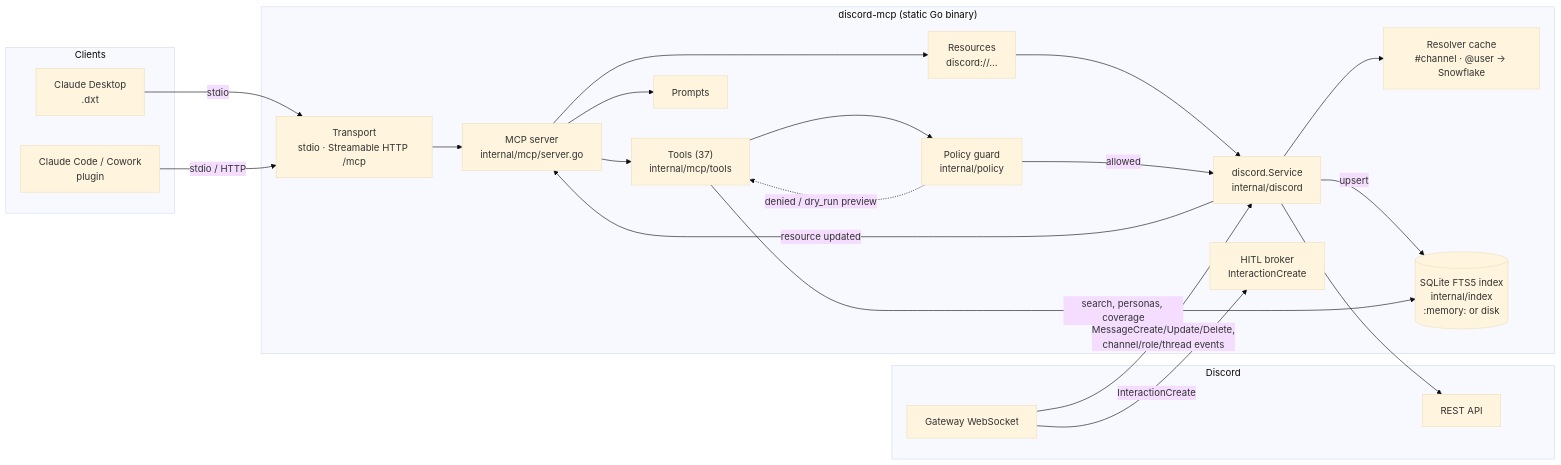
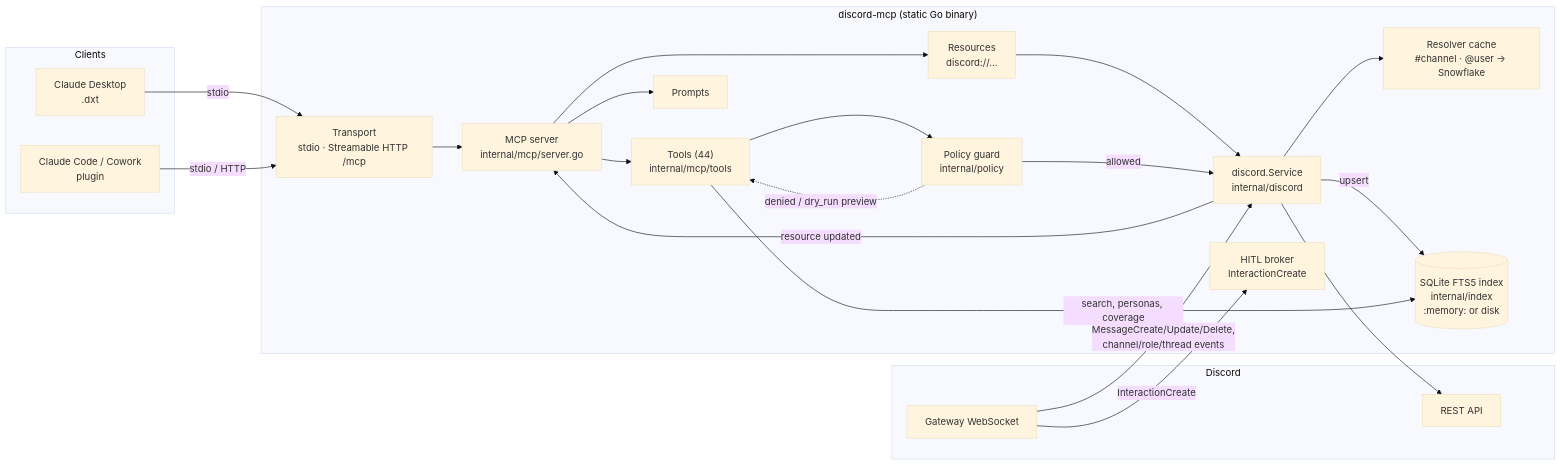
The first of 3 diagrams in docs/ARCHITECTURE.md (swiftj/gocord), drawn with Mermaid (base theme) before and after one commit. The commit also changed 48 other files, not shown here.

````diff
--- a/docs/ARCHITECTURE.md
+++ b/docs/ARCHITECTURE.md
@@ -11,41 +11,41 @@
 ```mermaid
 flowchart LR
     subgraph Clients
         CD[Claude Desktop<br/>.dxt]
         CC[Claude Code / Cowork<br/>plugin]
     end
 
     subgraph Binary["discord-mcp (static Go binary)"]
         T["Transport<br/>stdio · Streamable HTTP /mcp"]
         S["MCP server<br/>internal/mcp/server.go"]
-        TL["Tools (37)<br/>internal/mcp/tools"]
+        TL["Tools (44)<br/>internal/mcp/tools"]
         R["Resources<br/>discord://…"]
         P["Prompts"]
         G["Policy guard<br/>internal/policy"]
         SVC["discord.Service<br/>internal/discord"]
         RES["Resolver cache<br/>#channel · @user → Snowflake"]
         BRK["HITL broker<br/>InteractionCreate"]
         IDX[("SQLite FTS5 index<br/>internal/index<br/>:memory: or disk")]
     end
 
     subgraph Discord
         REST[REST API]
         GW[Gateway WebSocket]
     end
 
     CD -- stdio --> T
     CC -- stdio / HTTP --> T
     T --> S
     S --> TL & R & P
     TL --> G
     R --> SVC
     G -->|allowed| SVC
     G -.->|denied / dry_run preview| TL
     SVC --> RES
     SVC --> REST
     GW -->|MessageCreate/Update/Delete,<br/>channel/role/thread events| SVC
     GW -->|InteractionCreate| BRK
     SVC -->|upsert| IDX
     TL -->|search, personas, coverage| IDX
     SVC -->|resource updated| S
 ```
````
